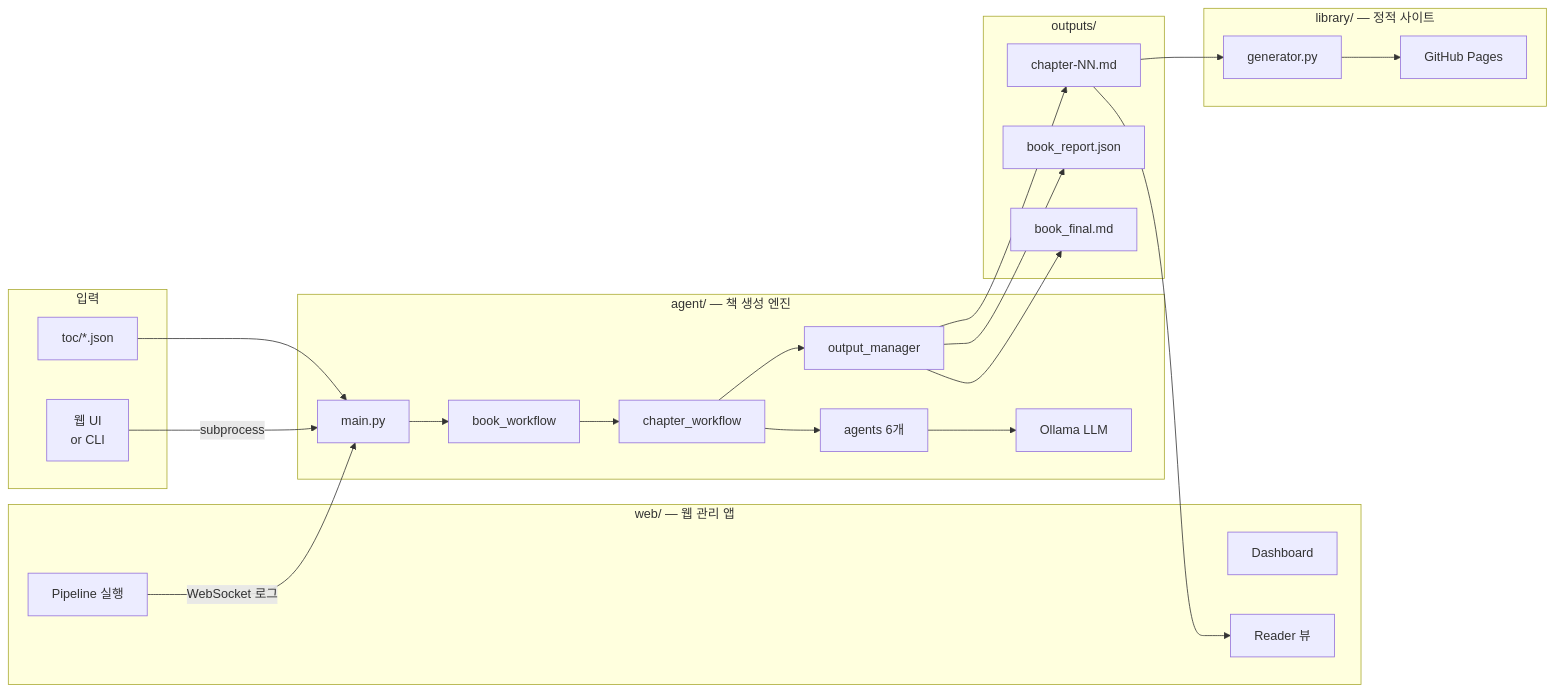
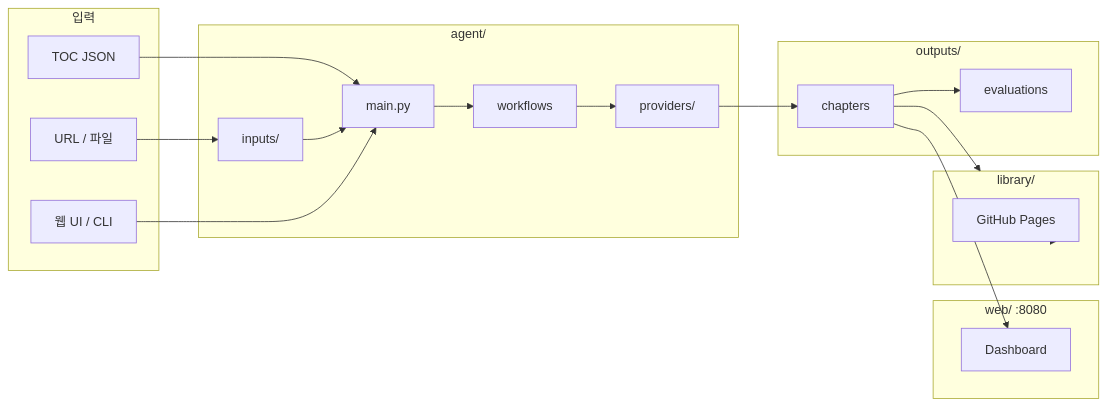
Before and after one commit to eunbijoel/book_agent: the diagram in README.md, drawn with Mermaid. The commit also changed other lines of this file, not shown here.

````diff
--- a/README.md
+++ b/README.md
@@ -84,44 +86,36 @@
 ```mermaid
 graph LR
     subgraph INPUT["입력"]
-        TOC["toc/*.json"]
-        WEBUI["웹 UI<br/>or CLI"]
+        TOC["TOC JSON"]
+        SRC["URL / 파일"]
+        UI["웹 UI / CLI"]
     end
 
-    subgraph AGENT["agent/ — 책 생성 엔진"]
+    subgraph AGENT["agent/"]
         MAIN["main.py"]
-        BW["book_workflow"]
-        CW["chapter_workflow"]
-        AG["agents 6개"]
-        OM["output_manager"]
-        OLLAMA["Ollama LLM"]
+        INP["inputs/"]
+        BW["workflows"]
+        PRV["providers/"]
     end
 
-    subgraph OUTPUT["outputs/"]
-        CH["chapter-NN.md"]
-        REP["book_report.json"]
-        FINAL["book_final.md"]
+    subgraph OUT["outputs/"]
+        CH["chapters"]
+        EVAL["evaluations"]
     end
 
-    subgraph WEB["web/ — 웹 관리 앱"]
+    subgraph WEB["web/ :8080"]
         DASH["Dashboard"]
-        PIPE["Pipeline 실행"]
-        READ["Reader 뷰"]
     end
 
-    subgraph LIBRARY["library/ — 정적 사이트"]
-        GEN["generator.py"]
+    subgraph LIB["library/"]
         GHP["GitHub Pages"]
     end
 
     TOC --> MAIN
-    WEBUI -->|subprocess| MAIN
-    MAIN --> BW --> CW --> AG --> OLLAMA
-    CW --> OM --> CH
-    OM --> REP
-    OM --> FINAL
-
-    CH --> READ
-    CH --> GEN --> GHP
-    PIPE -->|WebSocket 로그| MAIN
+    SRC --> INP --> MAIN
+    UI --> MAIN
+    MAIN --> BW --> PRV --> CH
+    CH --> EVAL
+    CH --> DASH
+    CH --> LIB --> GHP
 ```
````
